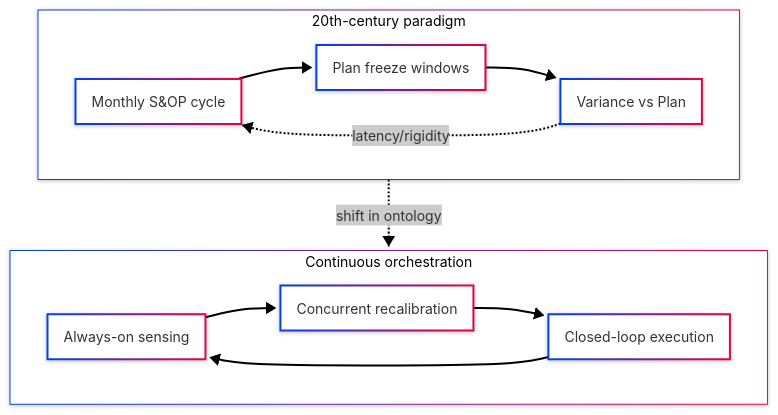
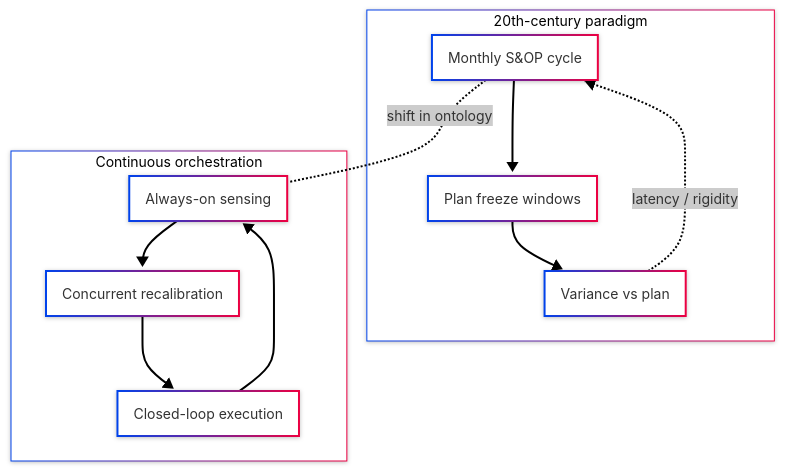
The first of 8 diagrams in posts/from-planning-to-orchestration-reimagining-enterprise-beyond-S&OP/index.qmd (antomon/antomon.github.io), drawn with Mermaid before and after one commit. The commit also changed 4 other files, not shown here.

````diff
--- a/posts/from-planning-to-orchestration-reimagining-enterprise-beyond-S&OP/index.qmd
+++ b/posts/from-planning-to-orchestration-reimagining-enterprise-beyond-S&OP/index.qmd
@@ -50,25 +50,28 @@
 ```{mermaid}
 %%| label: s&op-to-orchestration
 %%| fig-cap: From periodic S&OP to continuous orchestration
 %%| fig-alt: Comparison of calendar-bound planning vs continuous, signal-driven orchestration
 %%| fig-align: "center"
 %%{init: {"theme": "neo", "look": "neo"}}%%
 
 flowchart TD
-  subgraph A[20th-century paradigm]
-    A1[Monthly S&OP cycle]
-    A2[Plan freeze windows]
-    A3[Variance vs Plan]
-  end
-  subgraph B[Continuous orchestration]
-    B1[Always-on sensing]
-    B2[Concurrent recalibration]
-    B3[Closed-loop execution]
+  %% Left cluster (classic paradigm)
+  subgraph A ["20th-century paradigm"]
+    A1["Monthly S&OP cycle"]:::classic
+    A2["Plan freeze windows"]:::classic
+    A3["Variance vs plan"]:::classic
+    A1 --> A2 --> A3
+    A3 -. "latency / rigidity" .-> A1
   end
 
-  A1 --> A2 --> A3
-  A3 -. latency/rigidity .-> A1
+  %% Right cluster (continuous orchestration)
+  subgraph B ["Continuous orchestration"]
+    B1["Always-on sensing"]:::modern
+    B2["Concurrent recalibration"]:::modern
+    B3["Closed-loop execution"]:::modern
+    B1 --> B2 --> B3 --> B1
+  end
 
-  A -. shift in ontology .-> B
-  B1 --> B2 --> B3 --> B1
+  %% Bridge (connect node-to-node, not to subgraph)
+  A1 -. "shift in ontology" .- B1
 ```
````
